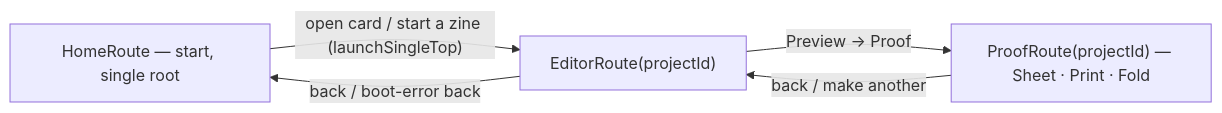
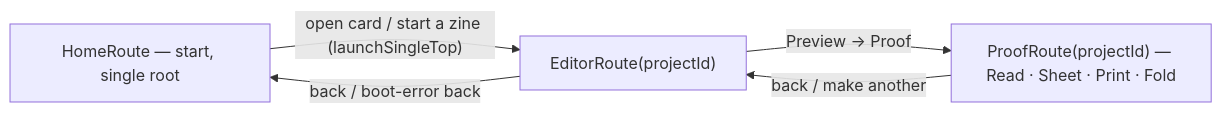
One commit to aritr-codes/zinely-android changed the eighth of 10 diagrams in docs/ARCHITECTURE.md. Above: the diagram before and after it, drawn with Mermaid. The commit also changed other lines of this file and 13 other files, not shown here.

First line of the commit message:
feat(proof): Read — a swipeable view of the finished zine (ADR-058)

````diff
--- a/docs/ARCHITECTURE.md
+++ b/docs/ARCHITECTURE.md
@@ -295,7 +295,7 @@
 ```mermaid
 flowchart LR
     Home["HomeRoute — start, single root"] -->|"open card / start a zine (launchSingleTop)"| Editor["EditorRoute(projectId)"]
-    Editor -->|"Preview → Proof"| Proof["ProofRoute(projectId) — Sheet · Print · Fold"]
+    Editor -->|"Preview → Proof"| Proof["ProofRoute(projectId) — Read · Sheet · Print · Fold"]
     Editor -->|"back / boot-error back"| Home
     Proof -->|"back / make another"| Editor
 ```
````
